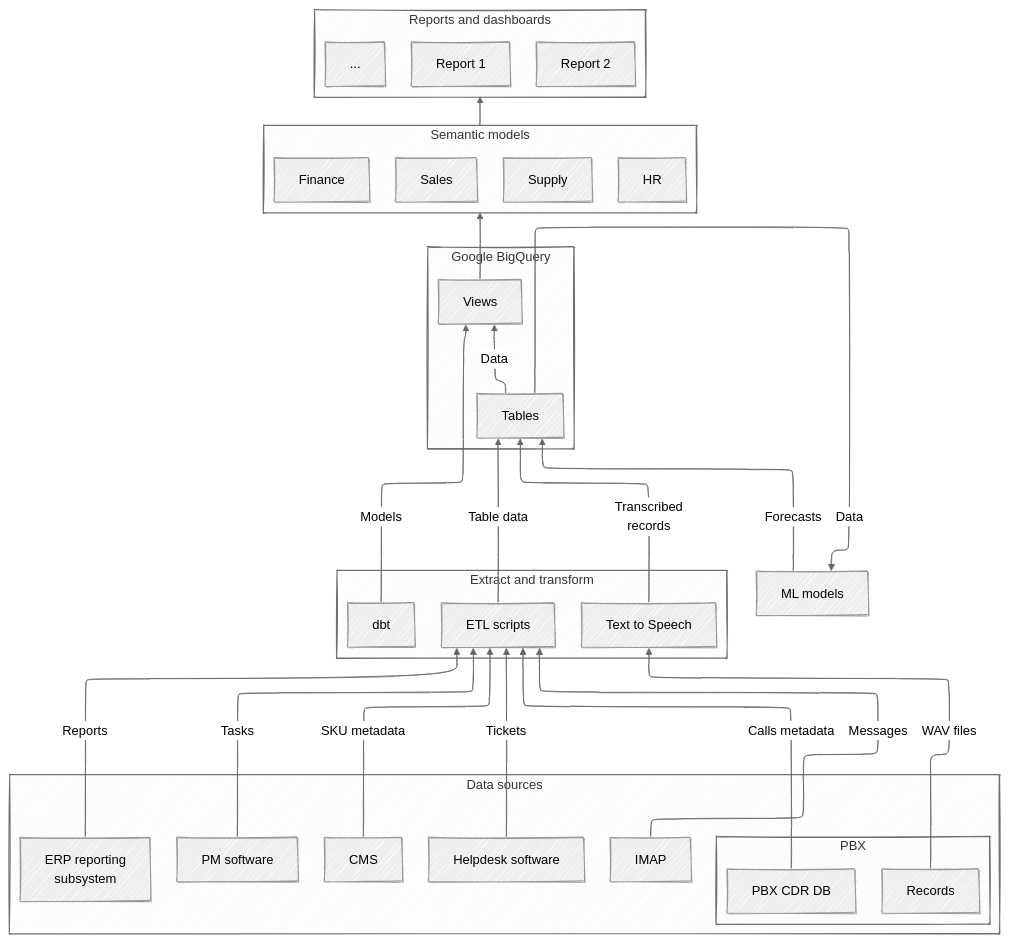
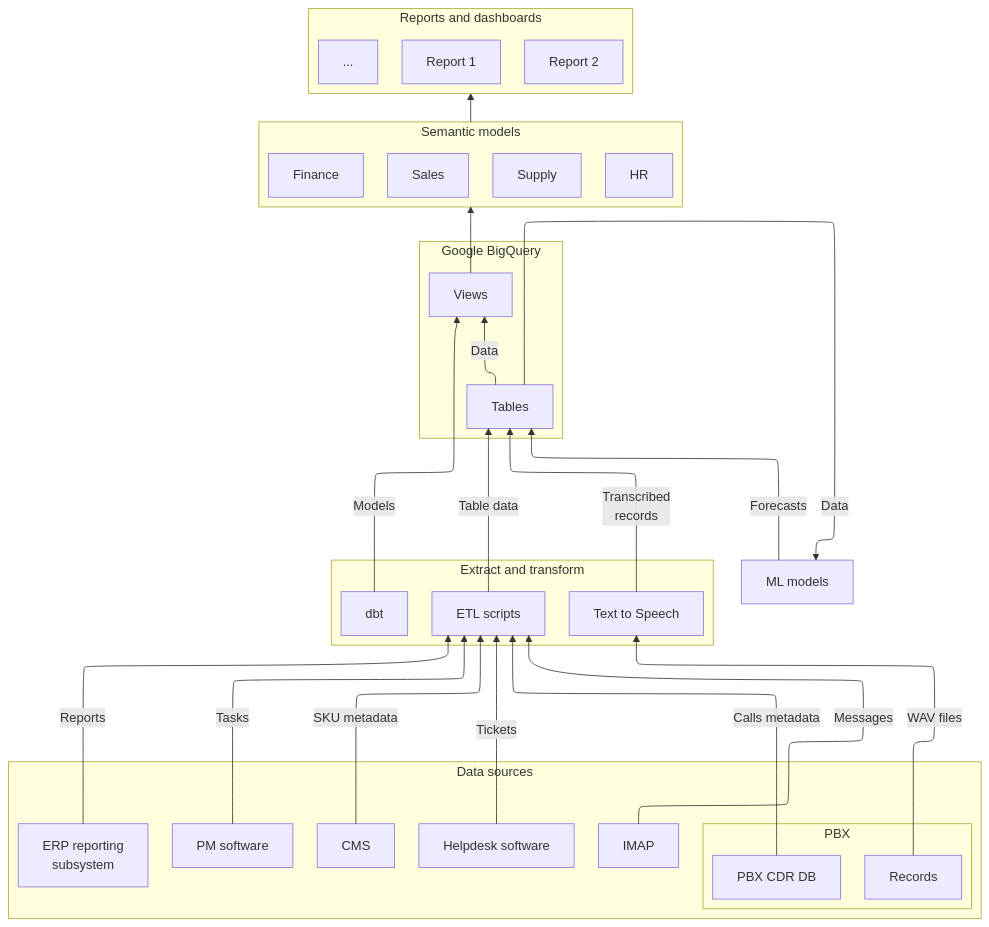
The diagram in posts/20250106-bi-flowchart/diagrams/overview-elk.mmd (AxesAccess/Blog), drawn with Mermaid before and after one commit. The commit also changed 9 other files, not shown here.

Commit message:
Change flowcharts style in 20250106 post

```diff
--- a/posts/20250106-bi-flowchart/diagrams/overview-elk.mmd
+++ b/posts/20250106-bi-flowchart/diagrams/overview-elk.mmd
@@ -1,55 +1,54 @@
 ---
 config:
   layout: elk
-  look: handDrawn
-  theme: neutral
+  theme: default
+  look: classic
 ---
-
 flowchart-elk BT
 
  subgraph s3["Semantic models"]
         n22["Sales"]
         n23["Supply"]
         n24["Finance"]
         n25["HR"]
   end
  subgraph s4["Reports and dashboards"]
         n26["Report 1"]
         n27["Report 2"]
         n29["..."]
   end
  subgraph s5["Google BigQuery"]
         n51["Views"]
         n52["Tables"]
   end
  subgraph s2["Data sources"]
         n6["Helpdesk software"]
         n7["PM software"]
         n8["CMS"]
         n9["IMAP"]
         n1["ERP reporting<br>subsystem"]
         s7["s7"]
   end
  subgraph s6["Extract and transform"]
         n11["ETL scripts"]
         n17["dbt"]
         n54["Text to Speech"]
   end
  subgraph s7["PBX"]
         n53["Records"]
         n12["PBX CDR DB"]
   end
     n51 --> s3
     s3 --> s4
     n1 -- Reports --> n11
     n6 -- Tickets --> n11
     n7 -- Tasks --> n11
     n8 -- SKU metadata --> n11
     n9 -- Messages --> n11
     n12 -- Calls metadata --> n11
     n11 -- Table data --> n52
     n17 -- Models --> n51
     n52 -- Data --> n51 & n20["ML models"]
     n20 -- Forecasts --> n52
     n53 -- WAV files --> n54
     n54 -- Transcribed<br>records --> n52
```
